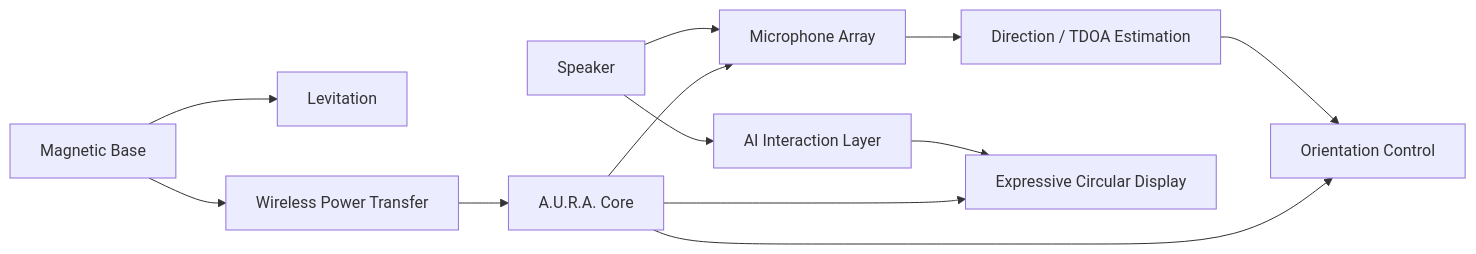
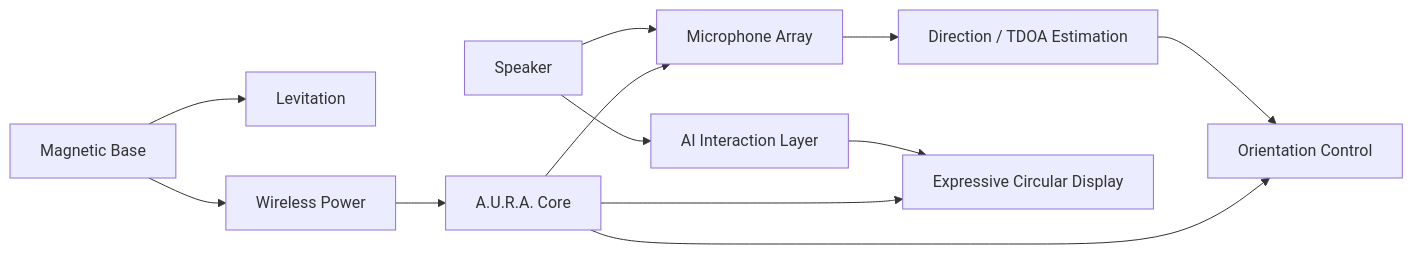
One commit to tahakubilay/Aura changed the first of 2 diagrams in README.md. Above: the diagram before and after it, drawn with Mermaid. The commit also changed other lines of this file, not shown here.

````diff
--- a/README.md
+++ b/README.md
@@ -86,14 +39,14 @@
 ```mermaid
 flowchart LR
     USER[Speaker] --> MIC[Microphone Array]
     MIC --> DOA[Direction / TDOA Estimation]
     DOA --> MOTION[Orientation Control]
     USER --> AI[AI Interaction Layer]
     AI --> DISPLAY[Expressive Circular Display]
     BASE[Magnetic Base] --> LEV[Levitation]
-    BASE --> WPT[Wireless Power Transfer]
+    BASE --> WPT[Wireless Power]
     WPT --> CORE[A.U.R.A. Core]
     CORE --> MIC
     CORE --> DISPLAY
     CORE --> MOTION
 ```
````
